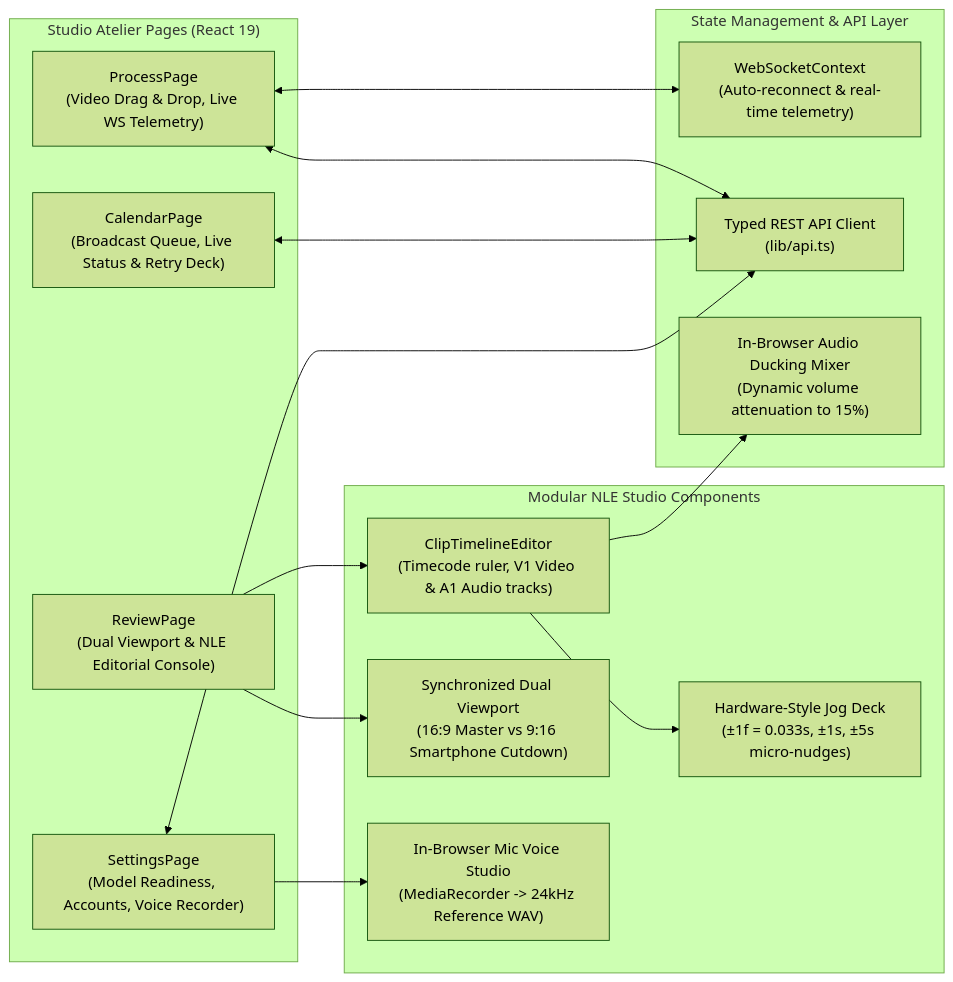
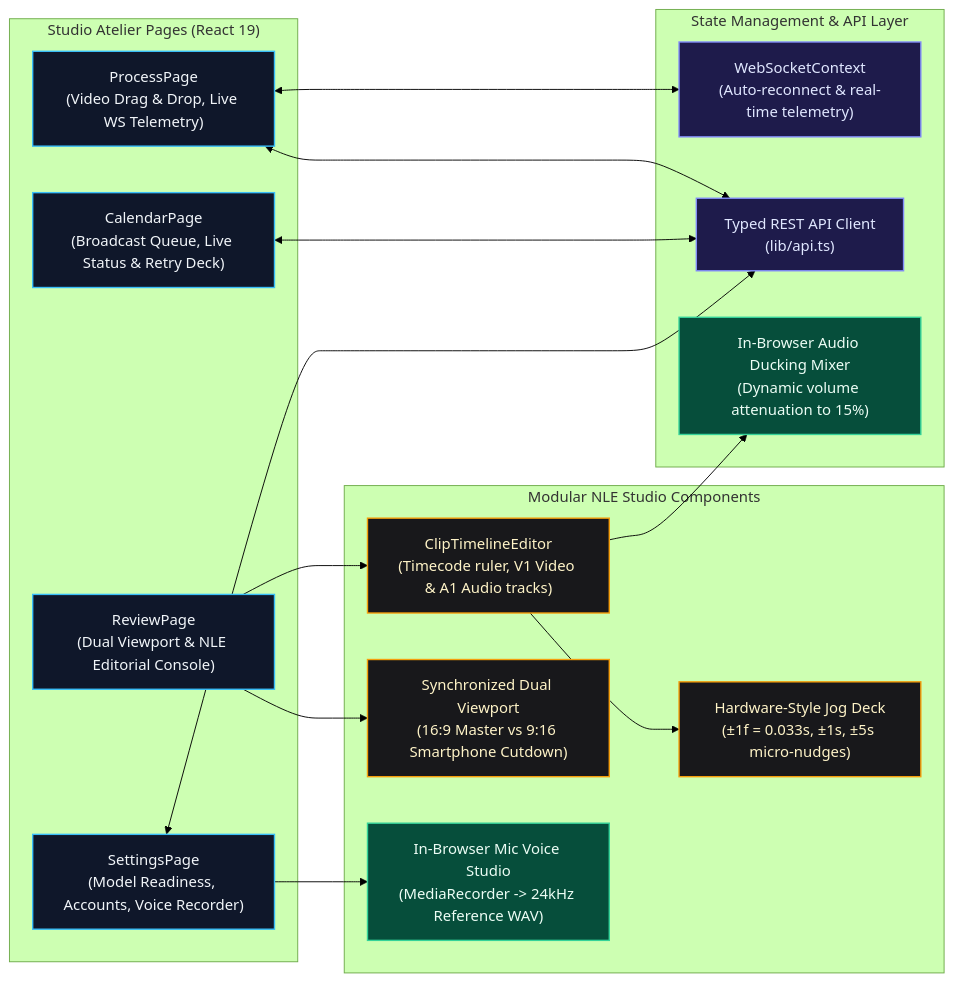
The third of 9 diagrams in README.md (DivyamJoshi2005/Alfred), drawn with Mermaid (forest theme) before and after one commit. The commit also changed other lines of this file and 1 other file, not shown here.

Commit message:
docs: add minimal, vibrant slate & neon accent styling to all Mermaid architecture diagrams

````diff
--- a/README.md
+++ b/README.md
@@ -185,32 +199,37 @@
 ```mermaid
 flowchart LR
+    classDef page fill:#0f172a,stroke:#38bdf8,stroke-width:1.5px,color:#f1f5f9;
+    classDef state fill:#1e1b4b,stroke:#818cf8,stroke-width:1.5px,color:#e0e7ff;
+    classDef deck fill:#18181b,stroke:#f59e0b,stroke-width:1.5px,color:#fef3c7;
+    classDef audio fill:#064e3b,stroke:#34d399,stroke-width:1.5px,color:#ecfdf5;
+
     subgraph Pages ["Studio Atelier Pages (React 19)"]
-        ProcessPage["ProcessPage\n(Video Drag & Drop, Live WS Telemetry)"]
-        ReviewPage["ReviewPage\n(Dual Viewport & NLE Editorial Console)"]
-        CalendarPage["CalendarPage\n(Broadcast Queue, Live Status & Retry Deck)"]
-        SettingsPage["SettingsPage\n(Model Readiness, Accounts, Voice Recorder)"]
+        ProcessPage["ProcessPage\n(Video Drag & Drop, Live WS Telemetry)"]:::page
+        ReviewPage["ReviewPage\n(Dual Viewport & NLE Editorial Console)"]:::page
+        CalendarPage["CalendarPage\n(Broadcast Queue, Live Status & Retry Deck)"]:::page
+        SettingsPage["SettingsPage\n(Model Readiness, Accounts, Voice Recorder)"]:::page
     end
 
     subgraph StateAndNet ["State Management & API Layer"]
-        WSContext["WebSocketContext\n(Auto-reconnect & real-time telemetry)"]
-        ApiClient["Typed REST API Client\n(lib/api.ts)"]
-        AudioMixer["In-Browser Audio Ducking Mixer\n(Dynamic volume attenuation to 15%)"]
+        WSContext["WebSocketContext\n(Auto-reconnect & real-time telemetry)"]:::state
+        ApiClient["Typed REST API Client\n(lib/api.ts)"]:::state
+        AudioMixer["In-Browser Audio Ducking Mixer\n(Dynamic volume attenuation to 15%)"]:::audio
     end
 
     subgraph ModularDeck ["Modular NLE Studio Components"]
-        TimelineEditor["ClipTimelineEditor\n(Timecode ruler, V1 Video & A1 Audio tracks)"]
-        JogDeck["Hardware-Style Jog Deck\n(±1f = 0.033s, ±1s, ±5s micro-nudges)"]
-        DualPlayer["Synchronized Dual Viewport\n(16:9 Master vs 9:16 Smartphone Cutdown)"]
-        VoiceStudio["In-Browser Mic Voice Studio\n(MediaRecorder -> 24kHz Reference WAV)"]
+        TimelineEditor["ClipTimelineEditor\n(Timecode ruler, V1 Video & A1 Audio tracks)"]:::deck
+        JogDeck["Hardware-Style Jog Deck\n(±1f = 0.033s, ±1s, ±5s micro-nudges)"]:::deck
+        DualPlayer["Synchronized Dual Viewport\n(16:9 Master vs 9:16 Smartphone Cutdown)"]:::deck
+        VoiceStudio["In-Browser Mic Voice Studio\n(MediaRecorder -> 24kHz Reference WAV)"]:::audio
     end
 
     ProcessPage <--> ApiClient
     ProcessPage <--> WSContext
     ReviewPage --> DualPlayer
     ReviewPage --> TimelineEditor
     TimelineEditor --> JogDeck
     TimelineEditor --> AudioMixer
     CalendarPage <--> ApiClient
     SettingsPage --> VoiceStudio
     SettingsPage <--> ApiClient
 ```
````
